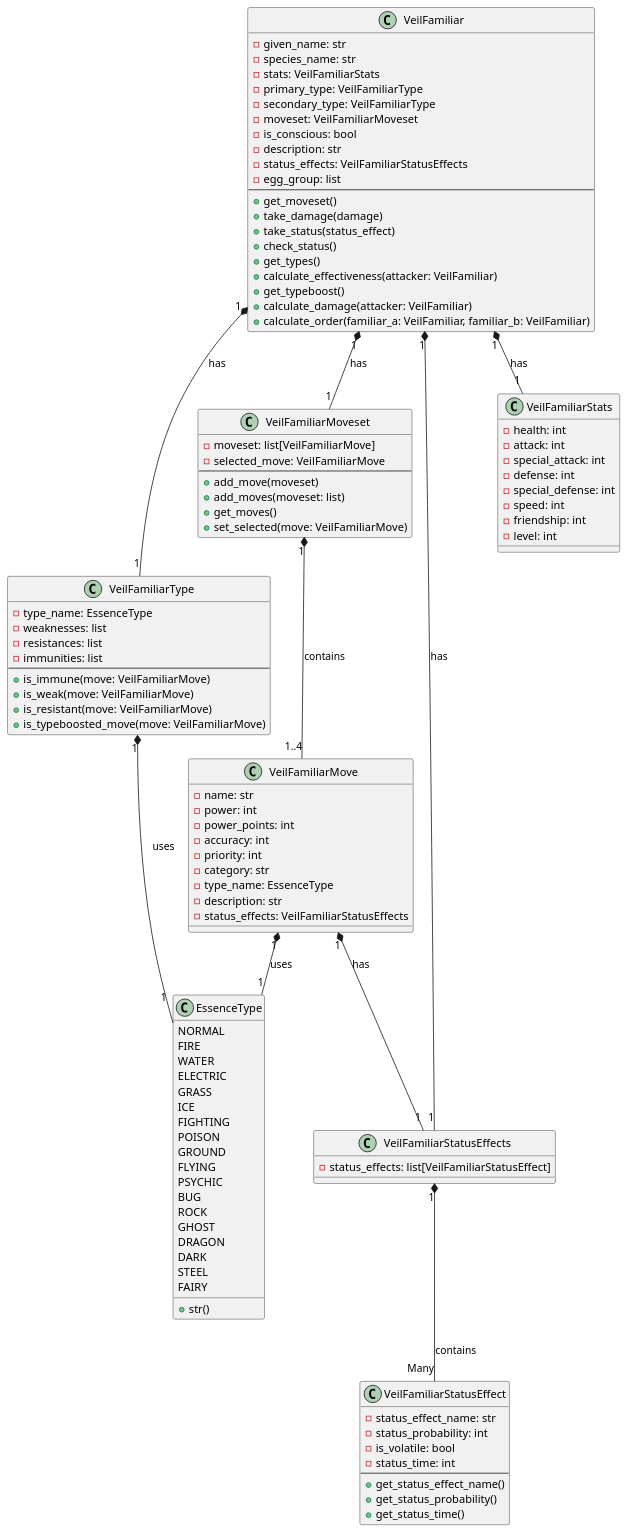
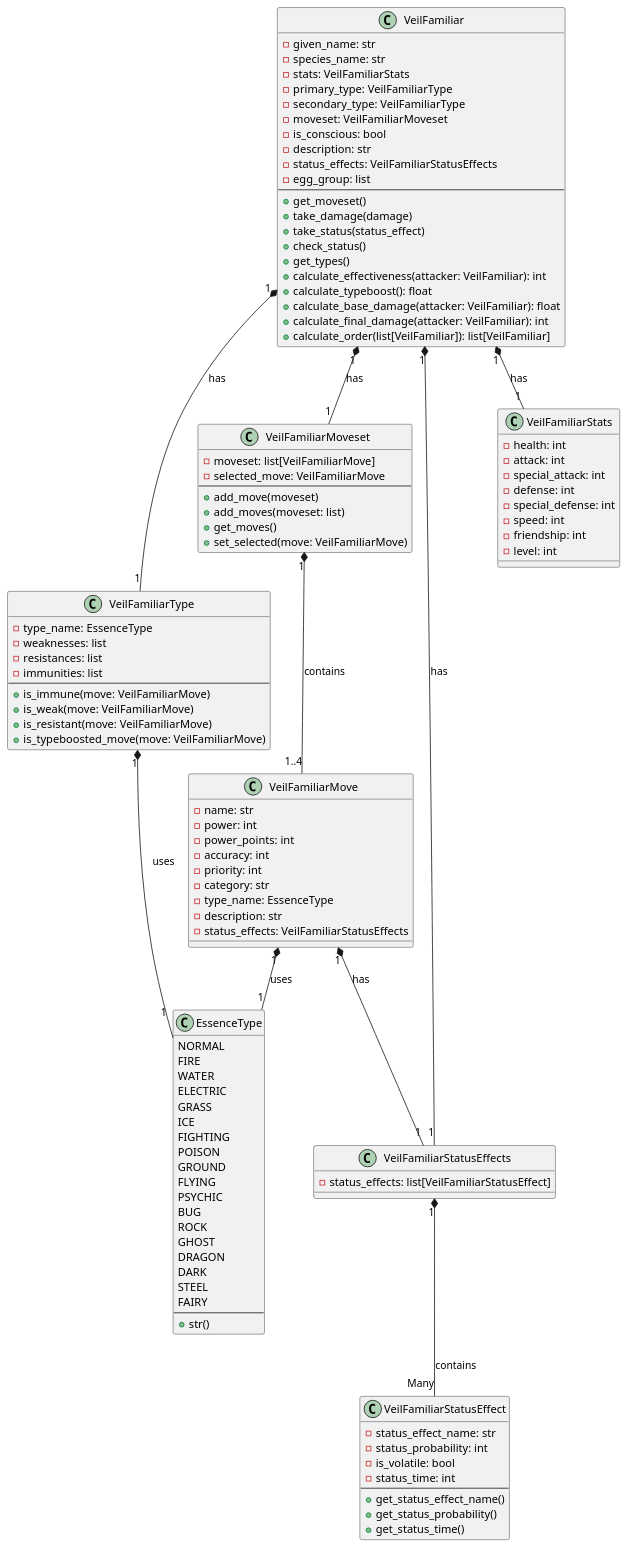
One commit to AbaddonSoftware/VeilFamiliar changed the diagram in docs/class_diagram.pu. Above: the diagram before and after it, drawn with PlantUML. The commit also changed 2 other files, not shown here.

Commit message:
FIX: corrected damage calculations thanks to urkerab

```diff
--- a/docs/class_diagram.pu
+++ b/docs/class_diagram.pu
@@ -1,118 +1,120 @@
 @startuml
 
 class EssenceType {
     NORMAL
     FIRE
     WATER
     ELECTRIC
     GRASS
     ICE
     FIGHTING
     POISON
     GROUND
     FLYING
     PSYCHIC
     BUG
     ROCK
     GHOST
     DRAGON
     DARK
     STEEL
     FAIRY
+    --
     + str()
 }
 
 class VeilFamiliar {
     - given_name: str
     - species_name: str
     - stats: VeilFamiliarStats
     - primary_type: VeilFamiliarType
     - secondary_type: VeilFamiliarType
     - moveset: VeilFamiliarMoveset
     - is_conscious: bool
     - description: str
     - status_effects: VeilFamiliarStatusEffects
     - egg_group: list
     --
     + get_moveset()
     + take_damage(damage)
     + take_status(status_effect)
     + check_status()
     + get_types()
-    + calculate_effectiveness(attacker: VeilFamiliar)
-    + get_typeboost()
-    + calculate_damage(attacker: VeilFamiliar)
-    + calculate_order(familiar_a: VeilFamiliar, familiar_b: VeilFamiliar)
+    + calculate_effectiveness(attacker: VeilFamiliar): int
+    + calculate_typeboost(): float
+    + calculate_base_damage(attacker: VeilFamiliar): float
+    + calculate_final_damage(attacker: VeilFamiliar): int
+    + calculate_order(list[VeilFamiliar]): list[VeilFamiliar]
 }
 
 class VeilFamiliarMove {
     - name: str
     - power: int
     - power_points: int
     - accuracy: int
     - priority: int
     - category: str
     - type_name: EssenceType
     - description: str
     - status_effects: VeilFamiliarStatusEffects
 }
 
 class VeilFamiliarMoveset {
     - moveset: list[VeilFamiliarMove]
     - selected_move: VeilFamiliarMove
     --
     + add_move(moveset)
     + add_moves(moveset: list)
     + get_moves()
     + set_selected(move: VeilFamiliarMove)
 }
 
 class VeilFamiliarStats {
     - health: int
     - attack: int
     - special_attack: int
     - defense: int
     - special_defense: int
     - speed: int
     - friendship: int
     - level: int
 }
 
 class VeilFamiliarStatusEffect {
     - status_effect_name: str
     - status_probability: int
     - is_volatile: bool
     - status_time: int
     --
     + get_status_effect_name()
     + get_status_probability()
     + get_status_time()
 }
 
 class VeilFamiliarStatusEffects {
     - status_effects: list[VeilFamiliarStatusEffect]
 }
 
 class VeilFamiliarType {
     - type_name: EssenceType
     - weaknesses: list
     - resistances: list
     - immunities: list
     --
     + is_immune(move: VeilFamiliarMove)
     + is_weak(move: VeilFamiliarMove)
     + is_resistant(move: VeilFamiliarMove)
     + is_typeboosted_move(move: VeilFamiliarMove)
 }
 
 VeilFamiliar "1" *-- "1" VeilFamiliarStats : "has"
 VeilFamiliar "1" *-- "1" VeilFamiliarType : "has"
 VeilFamiliar "1" *-- "1" VeilFamiliarMoveset : "has"
 VeilFamiliar "1" *-- "1" VeilFamiliarStatusEffects : "has"
 VeilFamiliarMoveset "1" *-- "1..4" VeilFamiliarMove : "contains"
 VeilFamiliarMove "1" *-- "1" EssenceType : "uses"
 VeilFamiliarMove "1" *-- "1" VeilFamiliarStatusEffects : "has"
 VeilFamiliarStatusEffects "1" *-- "Many" VeilFamiliarStatusEffect : "contains"
 VeilFamiliarType "1" *-- "1" EssenceType : "uses"
 
 @enduml
```
